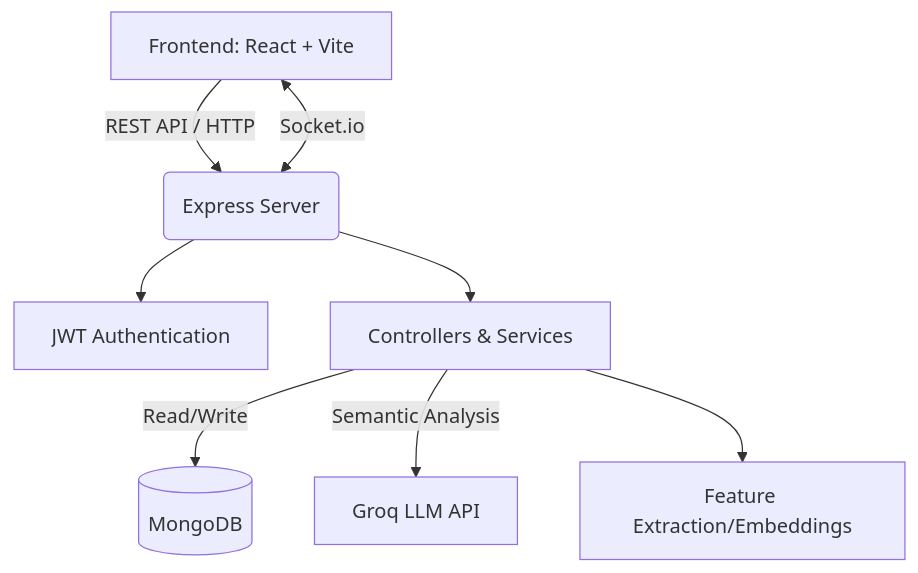
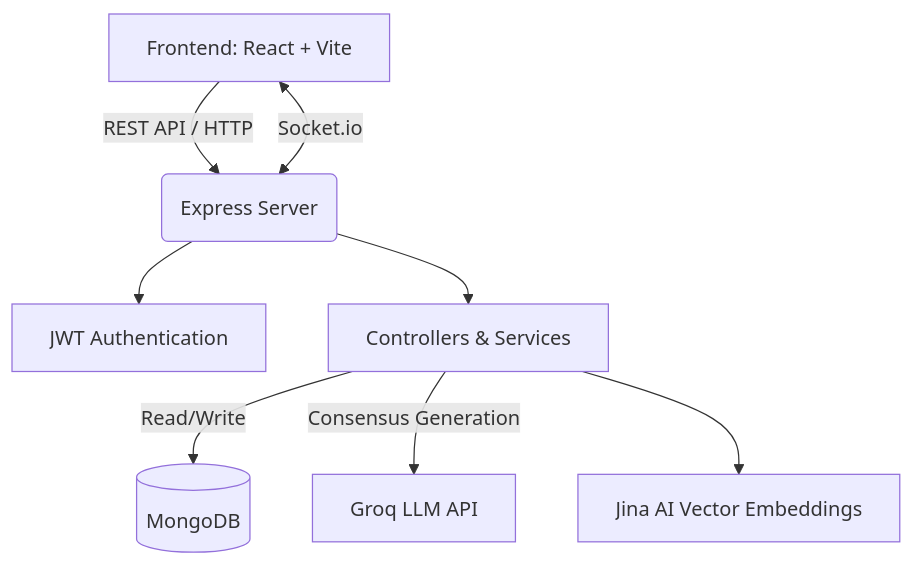
Before and after one commit to vicharanashala/cs18: the diagram in README.md, drawn with Mermaid. The commit also changed other lines of this file, not shown here.

````diff
--- a/README.md
+++ b/README.md
@@ -51,10 +84,10 @@
 ```mermaid
 graph TD
     Client[Frontend: React + Vite] -->|REST API / HTTP| Gateway(Express Server)
     Client <-->|Socket.io| Gateway
     Gateway --> Auth[JWT Authentication]
     Gateway --> controllers[Controllers & Services]
     controllers -->|Read/Write| MongoDB[(MongoDB)]
-    controllers -->|Semantic Analysis| AI[Groq LLM API]
-    controllers --> Embeddings[Feature Extraction/Embeddings]
+    controllers -->|Consensus Generation| AI[Groq LLM API]
+    controllers --> Embeddings[Jina AI Vector Embeddings]
 ```
````
